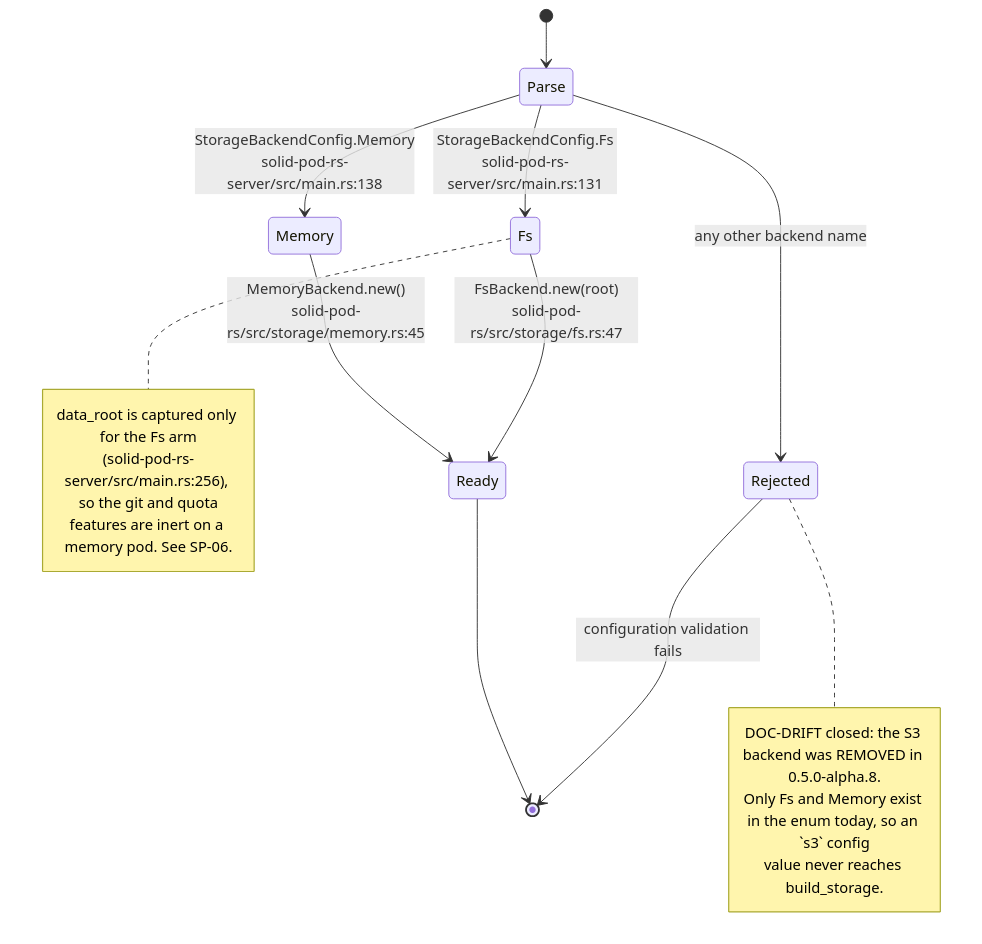
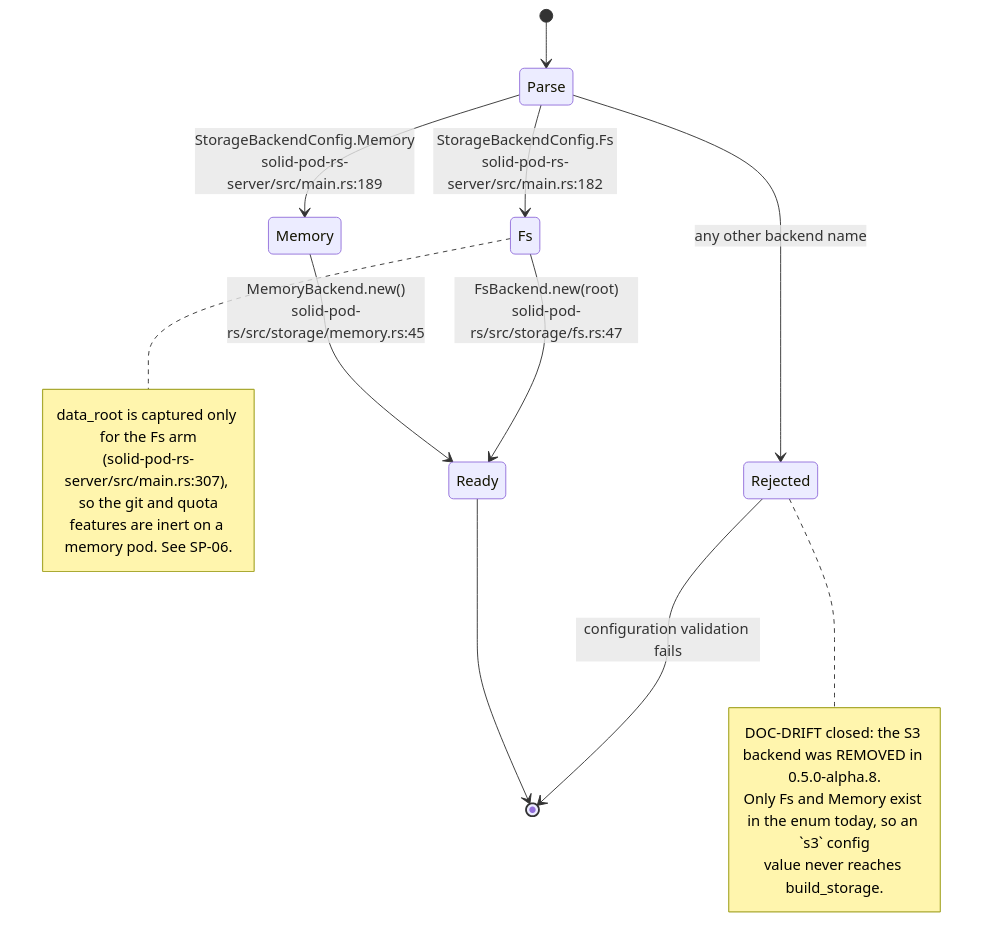
The fifth of 11 diagrams in docs/diagrams/solid-pod-rs/02-server-boot-and-routes.md (DreamLab-AI/VisionFlow), drawn with Mermaid before and after one commit. The commit also changed other lines of this file and 160 other files, not shown here.

````diff
--- a/docs/diagrams/solid-pod-rs/02-server-boot-and-routes.md
+++ b/docs/diagrams/solid-pod-rs/02-server-boot-and-routes.md
@@ -134,24 +148,24 @@
 ```mermaid
 stateDiagram-v2
     [*] --> Parse
-    Parse --> Fs: StorageBackendConfig.Fs<br/>solid-pod-rs-server/src/main.rs:131
-    Parse --> Memory: StorageBackendConfig.Memory<br/>solid-pod-rs-server/src/main.rs:138
+    Parse --> Fs: StorageBackendConfig.Fs<br/>solid-pod-rs-server/src/main.rs:182
+    Parse --> Memory: StorageBackendConfig.Memory<br/>solid-pod-rs-server/src/main.rs:189
     Parse --> Rejected: any other backend name
 
     Fs --> Ready: FsBackend.new(root)<br/>solid-pod-rs/src/storage/fs.rs:47
     Memory --> Ready: MemoryBackend.new()<br/>solid-pod-rs/src/storage/memory.rs:45
     Rejected --> [*]: configuration validation fails
 
     Ready --> [*]
 
     note right of Rejected
       DOC-DRIFT closed: the S3 backend was REMOVED in 0.5.0-alpha.8.
       Only Fs and Memory exist in the enum today, so an `s3` config
       value never reaches build_storage.
     end note
     note right of Fs
       data_root is captured only for the Fs arm
-      (solid-pod-rs-server/src/main.rs:256), so the git and quota
+      (solid-pod-rs-server/src/main.rs:307), so the git and quota
       features are inert on a memory pod. See SP-06.
     end note
 ```
````
